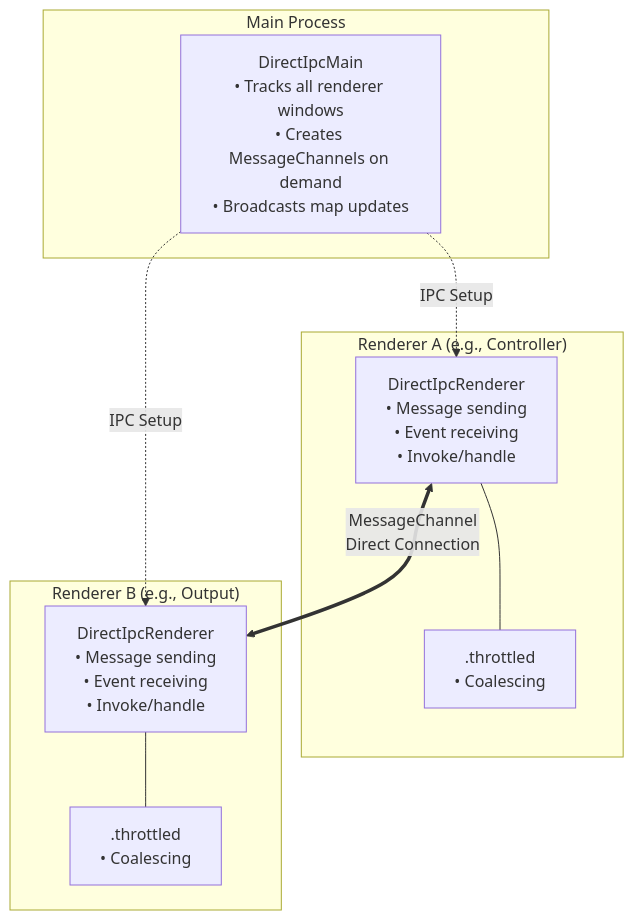
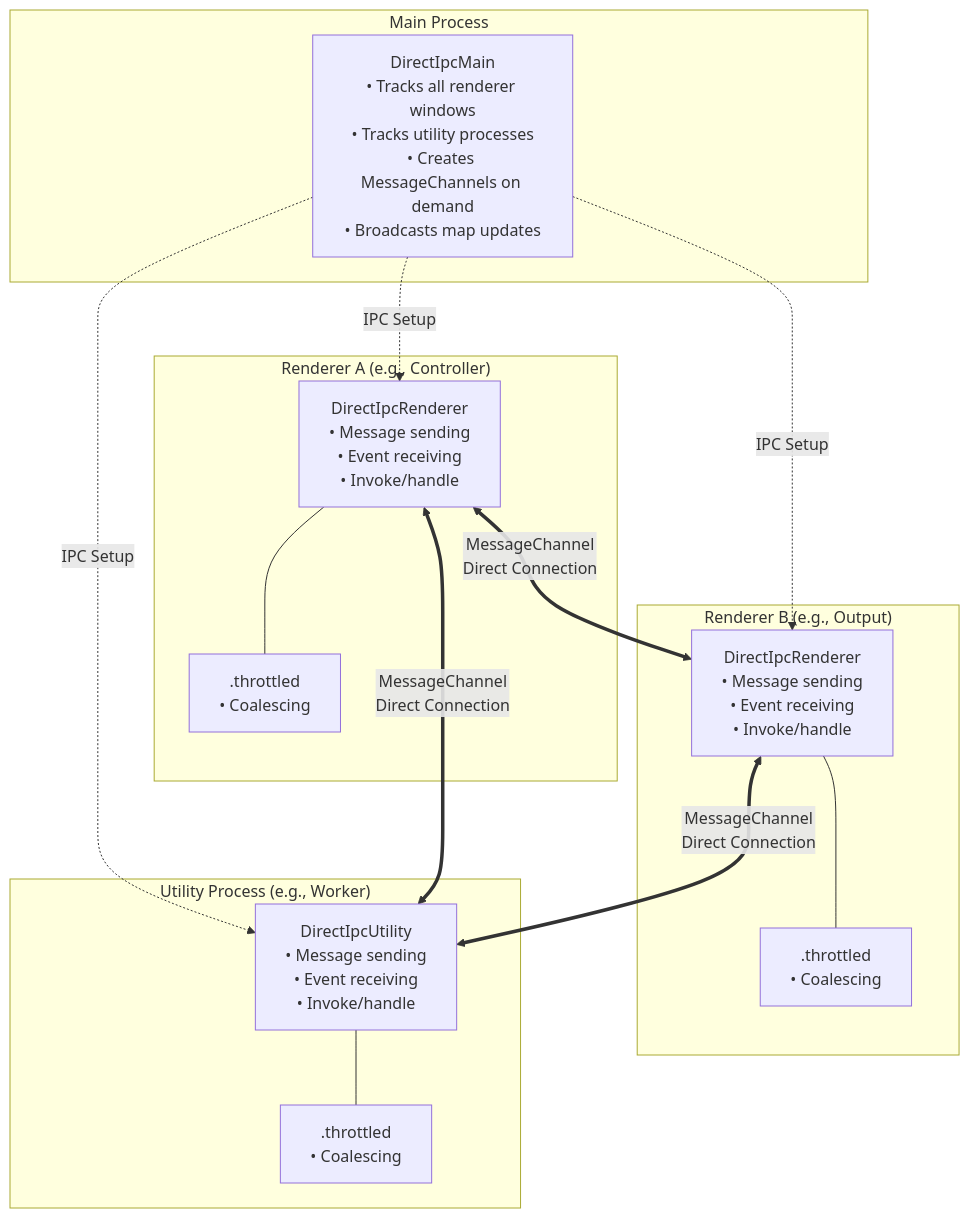
One commit to jjeff/electron-direct-ipc changed the first of 2 diagrams in README.md. Above: the diagram before and after it, drawn with Mermaid. The commit also changed other lines of this file and 11 other files, not shown here.

Commit message:
feat: add throttling methods to utility process

````diff
--- a/README.md
+++ b/README.md
@@ -690,22 +866,31 @@
 ```mermaid
 graph TB
     subgraph Main["Main Process"]
-        DIM[DirectIpcMain<br/>• Tracks all renderer windows<br/>• Creates MessageChannels on demand<br/>• Broadcasts map updates]
+        DIM[DirectIpcMain<br/>• Tracks all renderer windows<br/>• Tracks utility processes<br/>• Creates MessageChannels on demand<br/>• Broadcasts map updates]
     end
 
     subgraph RendererA["Renderer A (e.g., Controller)"]
         DIRA[DirectIpcRenderer<br/>• Message sending<br/>• Event receiving<br/>• Invoke/handle]
         THROT_A[.throttled<br/>• Coalescing]
         DIRA --- THROT_A
     end
 
     subgraph RendererB["Renderer B (e.g., Output)"]
         DIRB[DirectIpcRenderer<br/>• Message sending<br/>• Event receiving<br/>• Invoke/handle]
         THROT_B[.throttled<br/>• Coalescing]
         DIRB --- THROT_B
     end
 
+    subgraph UtilityProc["Utility Process (e.g., Worker)"]
+        DIRU[DirectIpcUtility<br/>• Message sending<br/>• Event receiving<br/>• Invoke/handle]
+        THROT_U[.throttled<br/>• Coalescing]
+        DIRU --- THROT_U
+    end
+
     DIM -.IPC Setup.-> DIRA
     DIM -.IPC Setup.-> DIRB
+    DIM -.IPC Setup.-> DIRU
     DIRA <==MessageChannel<br/>Direct Connection==> DIRB
+    DIRA <==MessageChannel<br/>Direct Connection==> DIRU
+    DIRB <==MessageChannel<br/>Direct Connection==> DIRU
 ```
````
